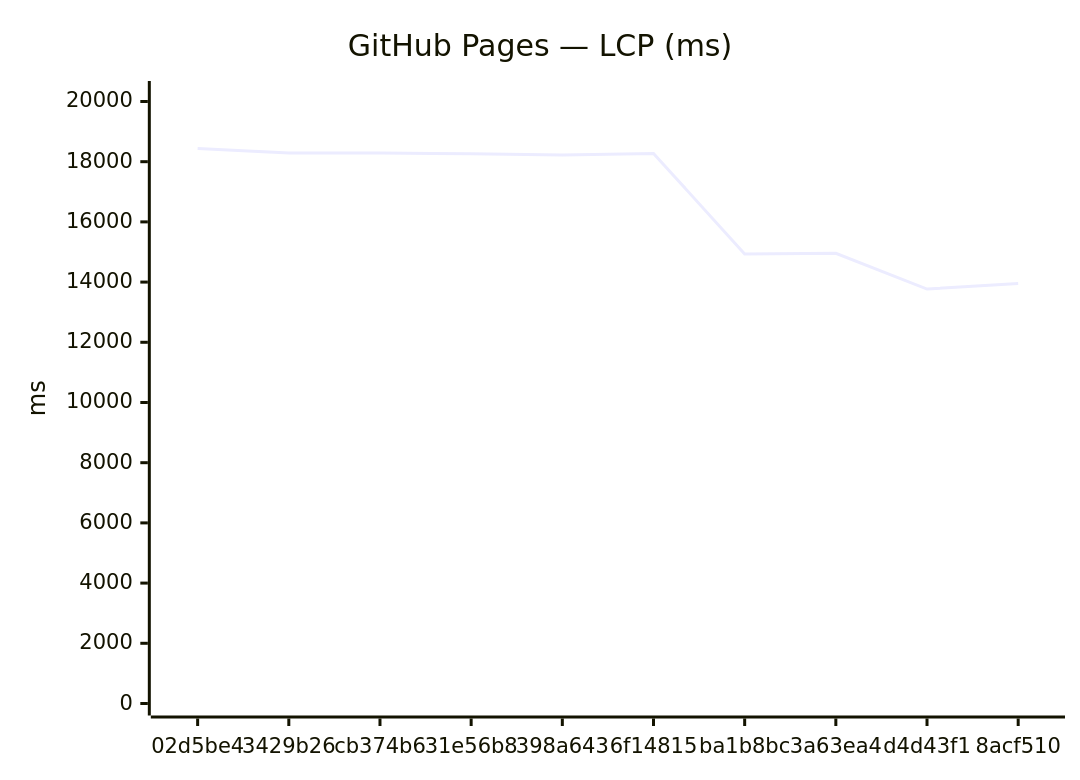
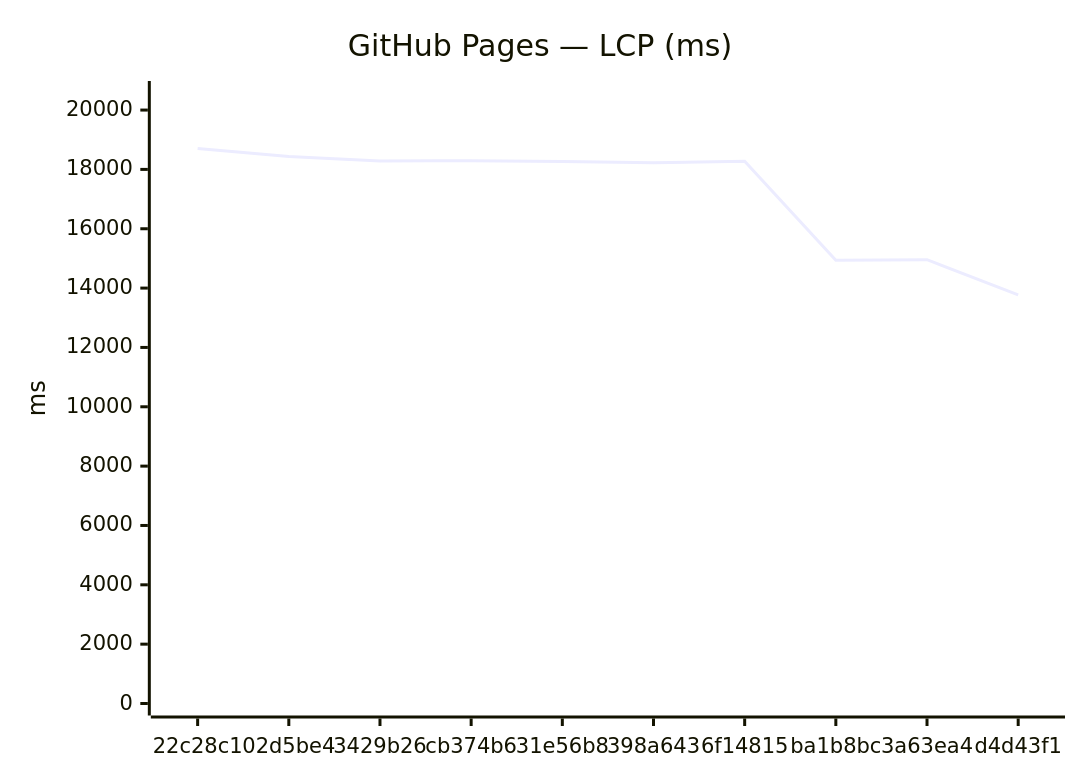
The third of 18 diagrams in benchmarks/compare.md (Metaheurist/Rianell), drawn with Mermaid before and after one commit. The commit also changed other lines of this file and 11 other files, not shown here.

````diff
--- a/benchmarks/compare.md
+++ b/benchmarks/compare.md
@@ -54,7 +54,7 @@
 ```mermaid
 xychart-beta
     title "GitHub Pages — LCP (ms)"
-    x-axis ["02d5be4", "3429b26", "cb374b6", "31e56b8", "398a643", "6f14815", "ba1b8bc", "3a63ea4", "d4d43f1", "8acf510"]
-    y-axis "ms" 0 --> 20282
-    line [18438, 18287, 18290, 18265, 18222, 18275, 14936, 14957, 13769, 13952]
+    x-axis ["22c28c1", "02d5be4", "3429b26", "cb374b6", "31e56b8", "398a643", "6f14815", "ba1b8bc", "3a63ea4", "d4d43f1"]
+    y-axis "ms" 0 --> 20575
+    line [18704, 18438, 18287, 18290, 18265, 18222, 18275, 14936, 14957, 13769]
 ```
````
